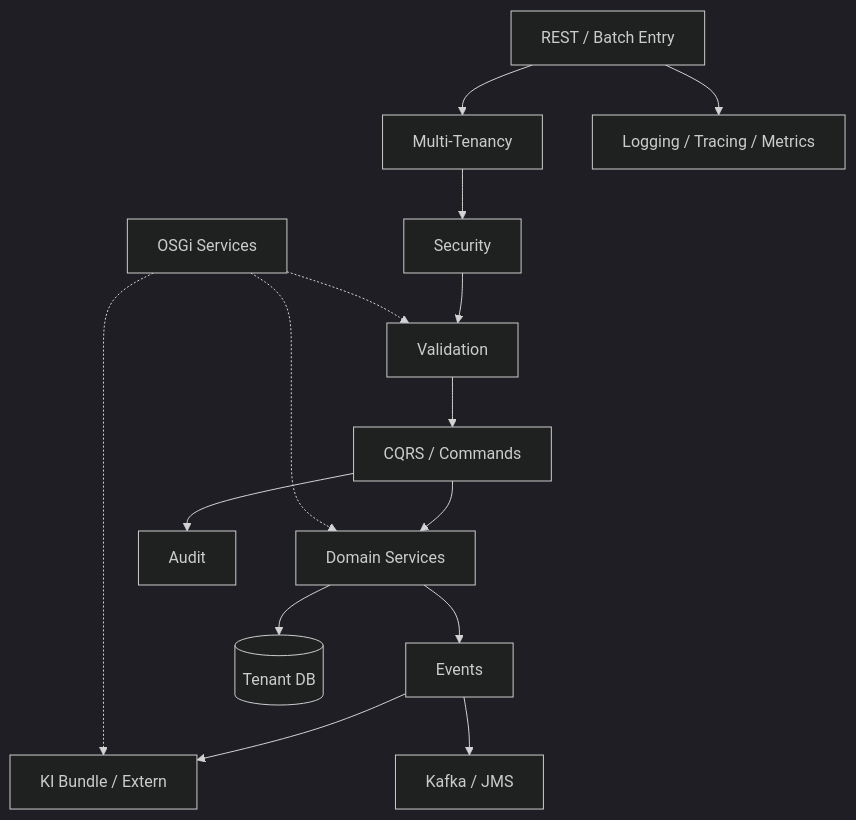
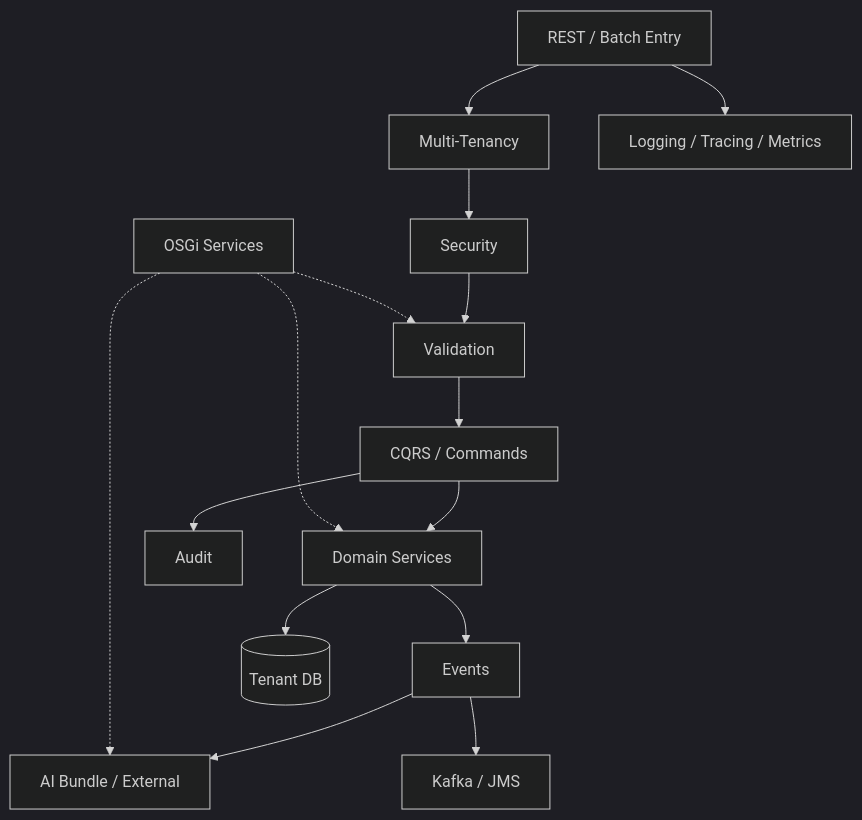
One commit to RainerMaxWallscheid/fineract-osgi changed the first of 11 diagrams in docs/arc42/06_crosscutting_concepts.md. Above: the diagram before and after it, drawn with Mermaid (dark theme). The commit also changed other lines of this file and 38 other files, not shown here.

````diff
--- a/docs/arc42/06_crosscutting_concepts.md
+++ b/docs/arc42/06_crosscutting_concepts.md
@@ -30,18 +30,18 @@
 ```mermaid
 flowchart TB
     API[REST / Batch Entry]
     API --> T[Multi-Tenancy]
     T --> S[Security]
     S --> V[Validation]
     V --> C[CQRS / Commands]
     C --> D[Domain Services]
     D --> E[Events]
     D --> DB[(Tenant DB)]
-    E --> KI[KI Bundle / Extern]
+    E --> KI[AI Bundle / External]
     E --> MQ[Kafka / JMS]
     C --> A[Audit]
     API --> L[Logging / Tracing / Metrics]
     OSGi[OSGi Services] -.-> V
     OSGi -.-> D
     OSGi -.-> KI
 ```
````
